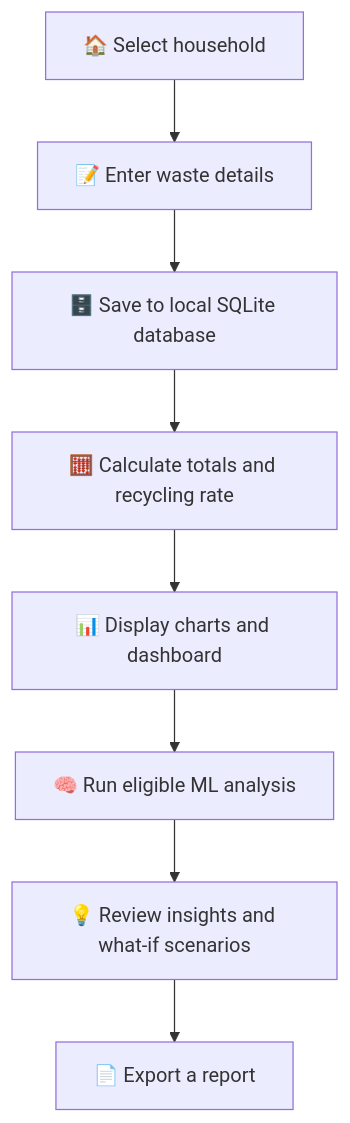
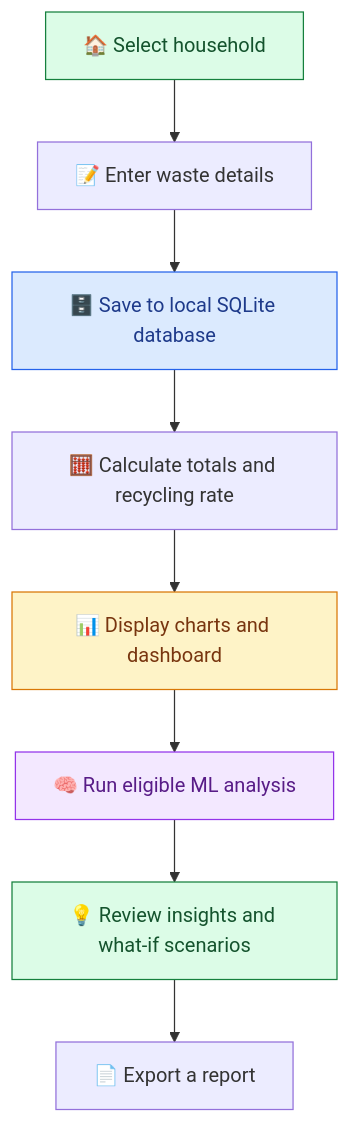
The diagram in documentation/README.md (shazeelkhan/ECOMIND_Group5_nationals_hackaithon), drawn with Mermaid before and after one commit. The commit also changed other lines of this file, not shown here.

````diff
--- a/documentation/README.md
+++ b/documentation/README.md
@@ -53,10 +62,16 @@
 ```mermaid
 flowchart TD
     A["🏠 Select household"] --> B["📝 Enter waste details"]
     B --> C["🗄️ Save to local SQLite database"]
     C --> D["🧮 Calculate totals and recycling rate"]
     D --> E["📊 Display charts and dashboard"]
     E --> F["🧠 Run eligible ML analysis"]
     F --> G["💡 Review insights and what-if scenarios"]
     G --> H["📄 Export a report"]
+
+    style A fill:#dcfce7,stroke:#15803d,color:#14532d
+    style C fill:#dbeafe,stroke:#2563eb,color:#1e3a8a
+    style E fill:#fef3c7,stroke:#d97706,color:#78350f
+    style F fill:#f3e8ff,stroke:#9333ea,color:#581c87
+    style G fill:#dcfce7,stroke:#15803d,color:#14532d
 ```
````
